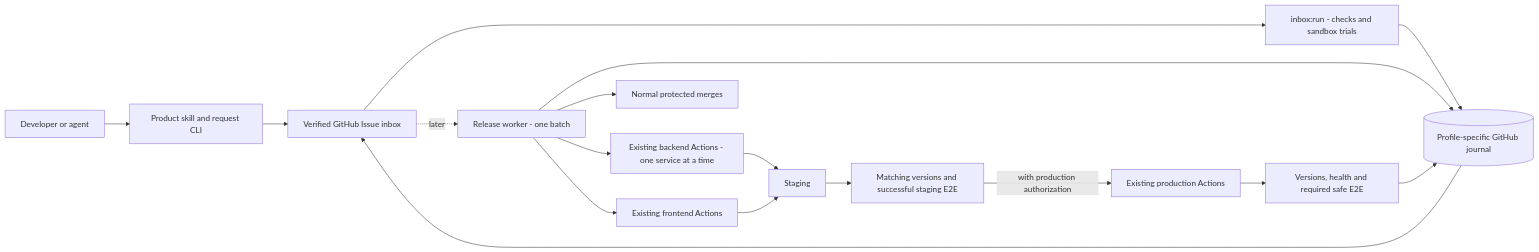
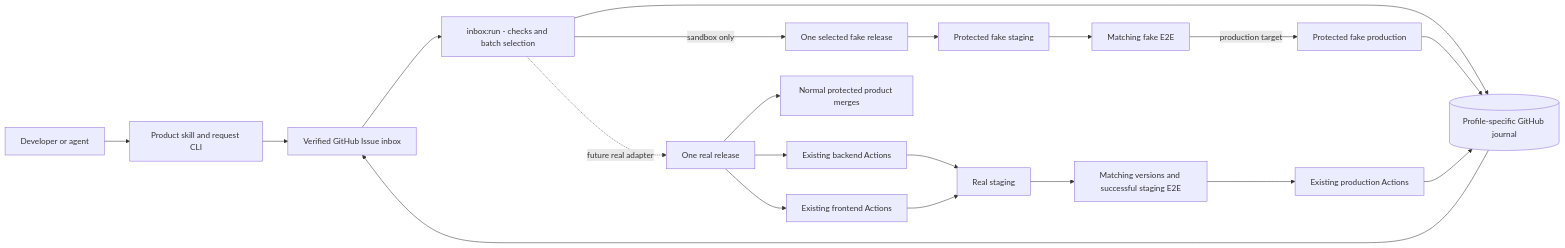
One commit to 6529-Collections/6529-release-coordinator changed the second of 2 diagrams in docs/design.md. Above: the diagram before and after it, drawn with Mermaid. The commit also changed other lines of this file and 38 other files, not shown here.

Commit message:
Add sandbox release sequence

````diff
--- a/docs/design.md
+++ b/docs/design.md
@@ -449,19 +451,22 @@
 ```mermaid
 flowchart LR
     U[Developer or agent] --> CLI[Product skill and request CLI]
     CLI --> INBOX[Verified GitHub Issue inbox]
-    INBOX --> IP[inbox:run - checks and sandbox trials]
+    INBOX --> IP[inbox:run - checks and batch selection]
     IP --> J[(Profile-specific GitHub journal)]
-    INBOX -. later .-> W[Release worker - one batch]
-    W --> J
-    W --> GH[Normal protected merges]
-    W --> BE[Existing backend Actions - one service at a time]
+    IP -->|sandbox only| SW[One selected fake release]
+    SW --> SSTG[Protected fake staging]
+    SSTG --> SE2E[Matching fake E2E]
+    SE2E -->|production target| SPROD[Protected fake production]
+    SPROD --> J
+    IP -. future real adapter .-> W[One real release]
+    W --> GH[Normal protected product merges]
+    W --> BE[Existing backend Actions]
     W --> FE[Existing frontend Actions]
-    BE --> STG[Staging]
+    BE --> STG[Real staging]
     FE --> STG
     STG --> E2E[Matching versions and successful staging E2E]
-    E2E -->|with production authorization| PROD[Existing production Actions]
-    PROD --> VERIFY[Versions, health and required safe E2E]
-    VERIFY --> J
+    E2E --> PROD[Existing production Actions]
+    PROD --> J
     J --> INBOX
 ```
````
